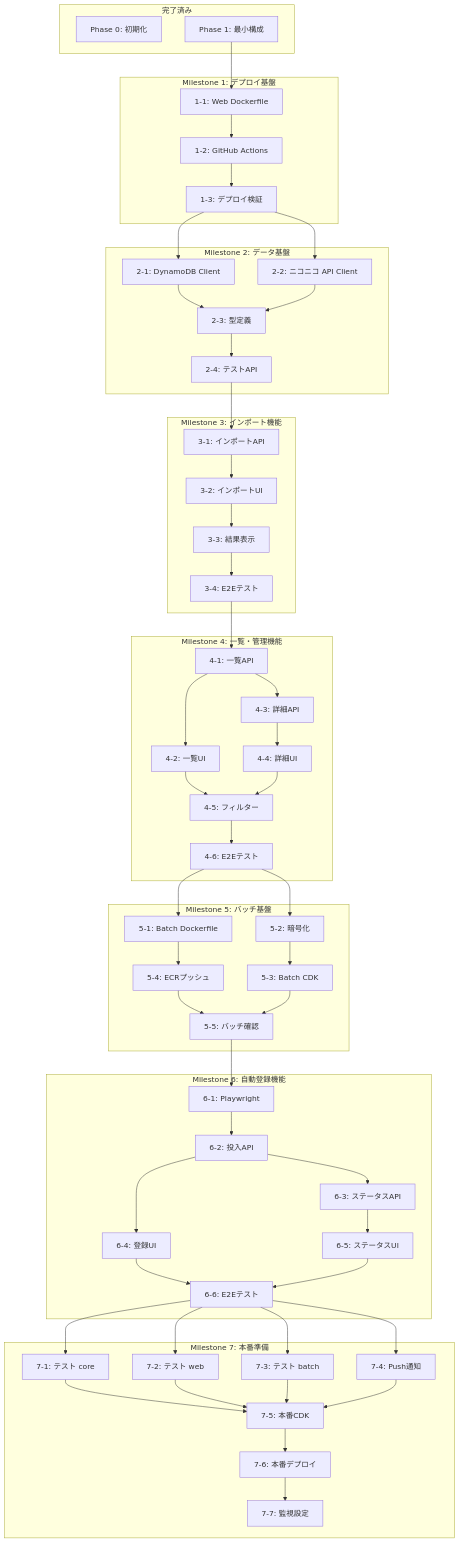
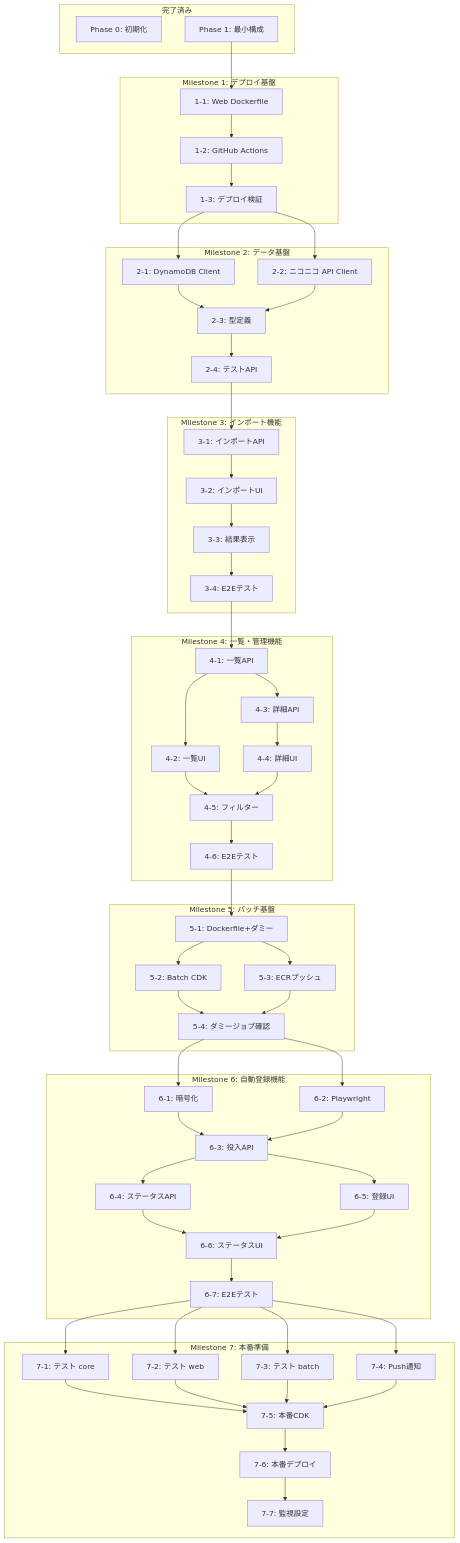
The diagram in tasks/niconico-mylist-assistant/roadmap.md (nagiyu/nagiyu-platform), drawn with Mermaid before and after one commit. The commit also changed other lines of this file and 2 other files, not shown here.

```diff
--- a/tasks/niconico-mylist-assistant/roadmap.md
+++ b/tasks/niconico-mylist-assistant/roadmap.md
@@ -609,20 +653,20 @@
     end
 
     subgraph "Milestone 5: バッチ基盤"
-        M5-1[5-1: Batch Dockerfile]
-        M5-2[5-2: 暗号化]
-        M5-3[5-3: Batch CDK]
-        M5-4[5-4: ECRプッシュ]
-        M5-5[5-5: バッチ確認]
+        M5-1[5-1: Dockerfile+ダミー]
+        M5-2[5-2: Batch CDK]
+        M5-3[5-3: ECRプッシュ]
+        M5-4[5-4: ダミージョブ確認]
     end
 
     subgraph "Milestone 6: 自動登録機能"
-        M6-1[6-1: Playwright]
-        M6-2[6-2: 投入API]
-        M6-3[6-3: ステータスAPI]
-        M6-4[6-4: 登録UI]
-        M6-5[6-5: ステータスUI]
-        M6-6[6-6: E2Eテスト]
+        M6-1[6-1: 暗号化]
+        M6-2[6-2: Playwright]
+        M6-3[6-3: 投入API]
+        M6-4[6-4: ステータスAPI]
+        M6-5[6-5: 登録UI]
+        M6-6[6-6: ステータスUI]
+        M6-7[6-7: E2Eテスト]
     end
 
     subgraph "Milestone 7: 本番準備"
@@ -659,24 +703,25 @@
     M4-5 --> M4-6
 
     M4-6 --> M5-1
-    M4-6 --> M5-2
-    M5-1 --> M5-4
-    M5-2 --> M5-3
-    M5-4 --> M5-5
-    M5-3 --> M5-5
+    M5-1 --> M5-2
+    M5-1 --> M5-3
+    M5-2 --> M5-4
+    M5-3 --> M5-4
 
-    M5-5 --> M6-1
-    M6-1 --> M6-2
+    M5-4 --> M6-1
+    M5-4 --> M6-2
+    M6-1 --> M6-3
     M6-2 --> M6-3
-    M6-2 --> M6-4
+    M6-3 --> M6-4
     M6-3 --> M6-5
     M6-4 --> M6-6
     M6-5 --> M6-6
+    M6-6 --> M6-7
 
-    M6-6 --> M7-1
-    M6-6 --> M7-2
-    M6-6 --> M7-3
-    M6-6 --> M7-4
+    M6-7 --> M7-1
+    M6-7 --> M7-2
+    M6-7 --> M7-3
+    M6-7 --> M7-4
     M7-1 --> M7-5
     M7-2 --> M7-5
     M7-3 --> M7-5
```
